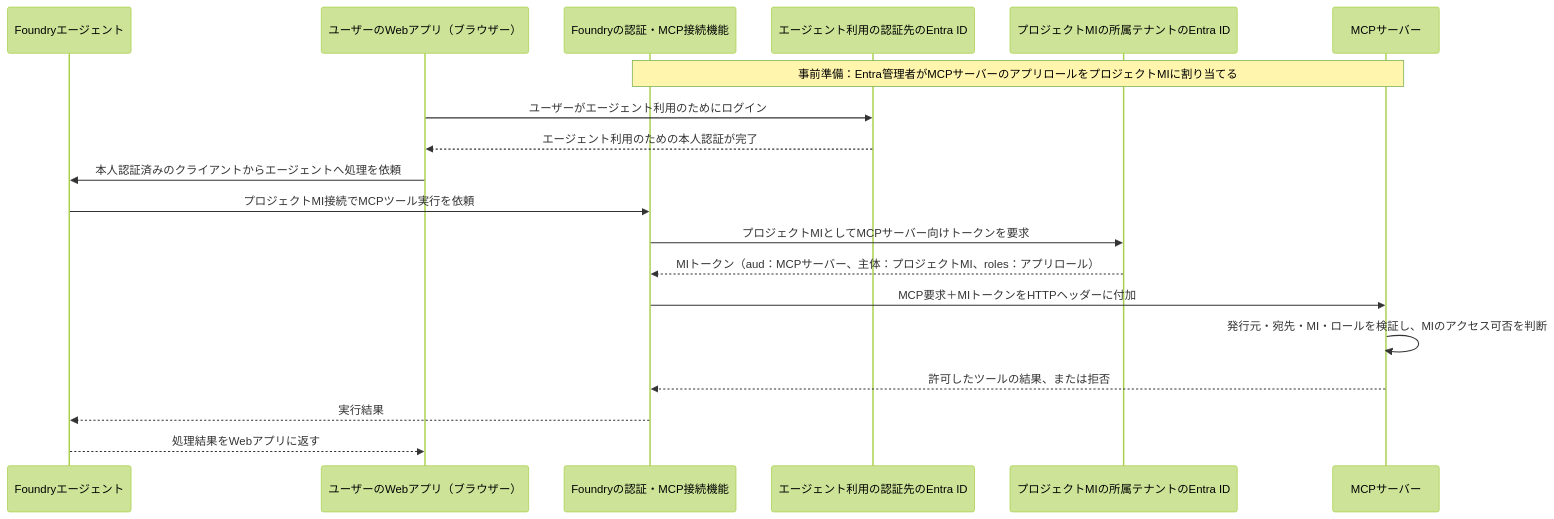
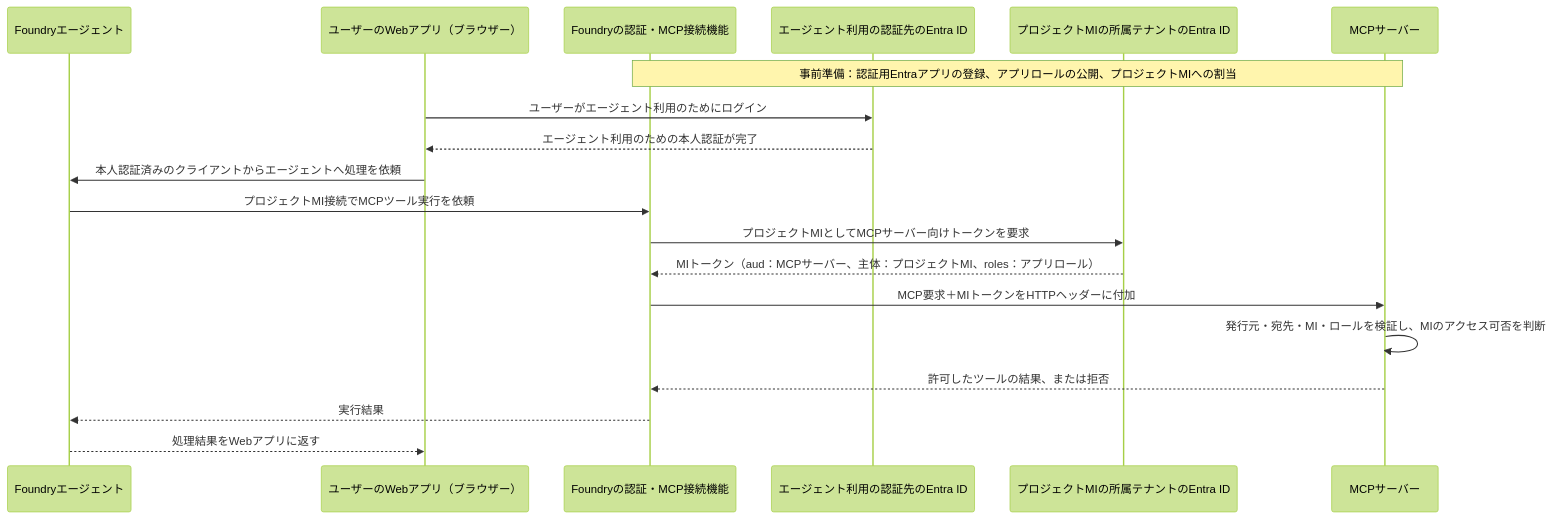
Before and after one commit to ketana0224/cross-tenant-obo: the seventh of 8 diagrams in public/docs/MCPの基本.md, drawn with Mermaid (forest theme). The commit also changed other lines of this file and 8 other files, not shown here.

````diff
--- a/public/docs/MCPの基本.md
+++ b/public/docs/MCPの基本.md
@@ -240,22 +243,22 @@
 ```mermaid
 sequenceDiagram
     participant Agent as Foundryエージェント
     participant User as ユーザーのWebアプリ（ブラウザー）
     participant Auth as Foundryの認証・MCP接続機能
     participant AgentEntra as エージェント利用の認証先のEntra ID
     participant Entra as プロジェクトMIの所属テナントのEntra ID
     participant MCP as MCPサーバー
 
-    Note over Auth,MCP: 事前準備：Entra管理者がMCPサーバーのアプリロールをプロジェクトMIに割り当てる
+    Note over Auth,MCP: 事前準備：認証用Entraアプリの登録、アプリロールの公開、プロジェクトMIへの割当
     User->>AgentEntra: ユーザーがエージェント利用のためにログイン
     AgentEntra-->>User: エージェント利用のための本人認証が完了
     User->>Agent: 本人認証済みのクライアントからエージェントへ処理を依頼
     Agent->>Auth: プロジェクトMI接続でMCPツール実行を依頼
     Auth->>Entra: プロジェクトMIとしてMCPサーバー向けトークンを要求
     Entra-->>Auth: MIトークン（aud：MCPサーバー、主体：プロジェクトMI、roles：アプリロール）
     Auth->>MCP: MCP要求＋MIトークンをHTTPヘッダーに付加
     MCP->>MCP: 発行元・宛先・MI・ロールを検証し、MIのアクセス可否を判断
     MCP-->>Auth: 許可したツールの結果、または拒否
     Auth-->>Agent: 実行結果
     Agent-->>User: 処理結果をWebアプリに返す
 ```
````
